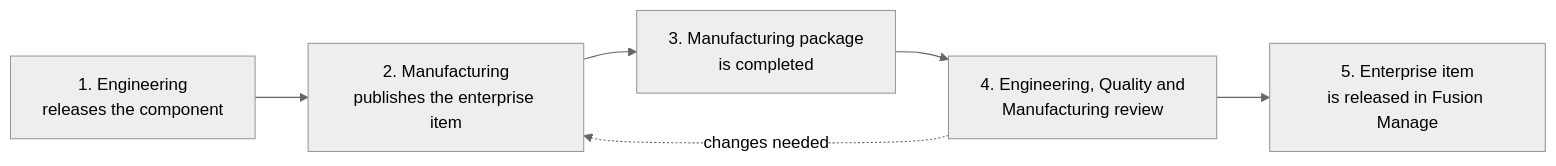
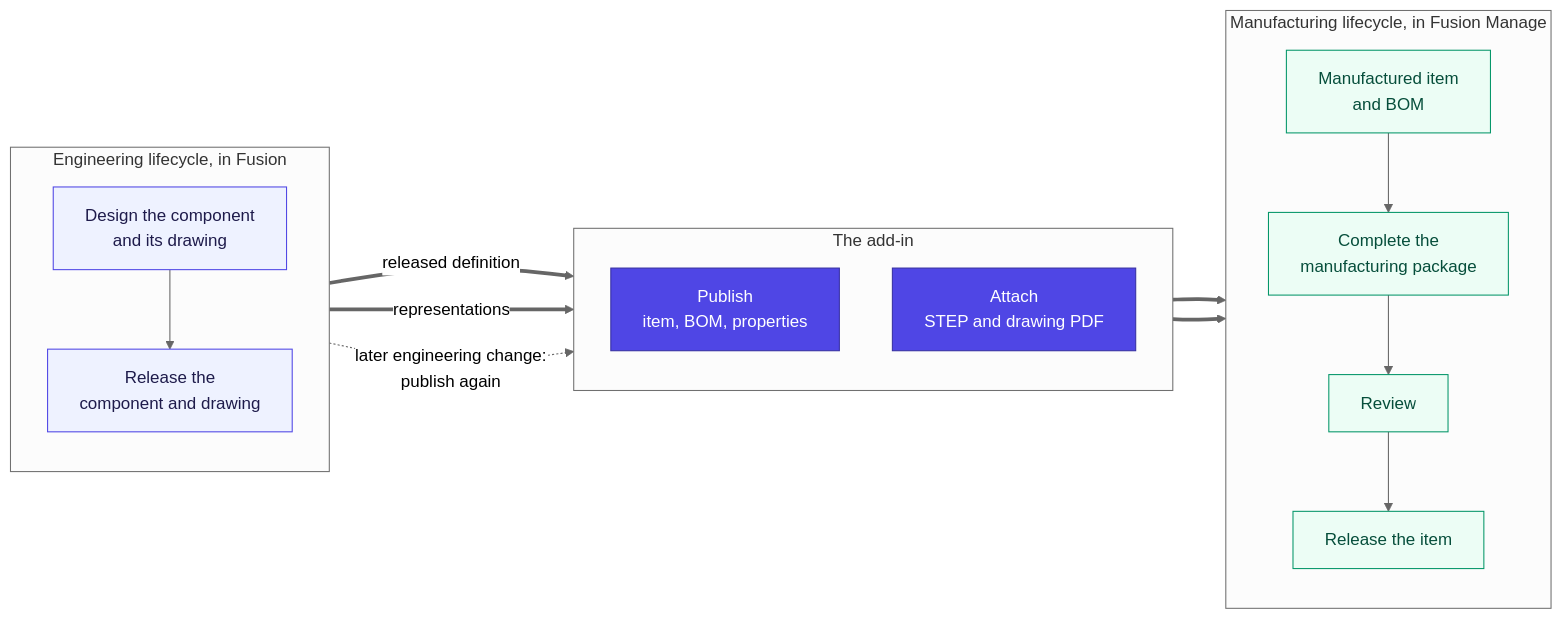
One commit to AHoop91/FusionToFusionManageAddon changed the diagram in docs/02-end-to-end-workflow.md. Above: the diagram before and after it, drawn with Mermaid (neutral theme). The commit also changed other lines of this file and 11 other files, not shown here.

First line of the commit message:
Split the Data Model page from mapping; add workflow, diagrams and defaults

````diff
--- a/docs/02-end-to-end-workflow.md
+++ b/docs/02-end-to-end-workflow.md
@@ -9,8 +29,33 @@
 ```mermaid
 flowchart LR
-    A["1. Engineering<br/>releases the component"] --> B["2. Manufacturing<br/>publishes the enterprise item"]
-    B --> C["3. Manufacturing package<br/>is completed"]
-    C --> D["4. Engineering, Quality and<br/>Manufacturing review"]
-    D --> E["5. Enterprise item<br/>is released in Fusion Manage"]
-    D -. "changes needed" .-> B
+    subgraph ENG["Engineering lifecycle, in Fusion"]
+        direction TB
+        E1["Design the component<br/>and its drawing"] --> E2["Release the<br/>component and drawing"]
+    end
+
+    subgraph BRIDGE["The add-in"]
+        direction TB
+        B1["Publish<br/>item, BOM, properties"]
+        B2["Attach<br/>STEP and drawing PDF"]
+    end
+
+    subgraph MFG["Manufacturing lifecycle, in Fusion Manage"]
+        direction TB
+        M1["Manufactured item<br/>and BOM"] --> M2["Complete the<br/>manufacturing package"]
+        M2 --> M3["Review"]
+        M3 --> M4["Release the item"]
+    end
+
+    E2 ==>|"released definition"| B1
+    E2 ==>|"representations"| B2
+    B1 ==> M1
+    B2 ==> M2
+    E2 -. "later engineering change:<br/>publish again" .-> B1
+
+    classDef eng fill:#eef2ff,stroke:#4f46e5,color:#1e1b4b
+    classDef bridge fill:#4f46e5,stroke:#3730a3,color:#ffffff
+    classDef mfg fill:#ecfdf5,stroke:#059669,color:#064e3b
+    class E1,E2 eng
+    class B1,B2 bridge
+    class M1,M2,M3,M4 mfg
 ```
````
